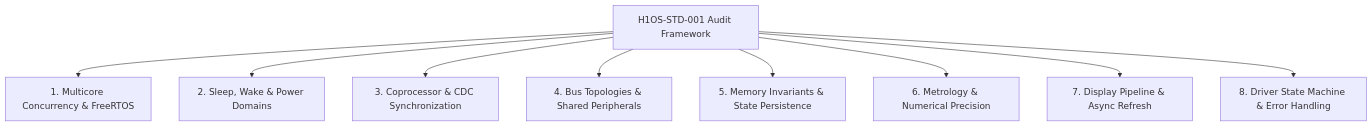
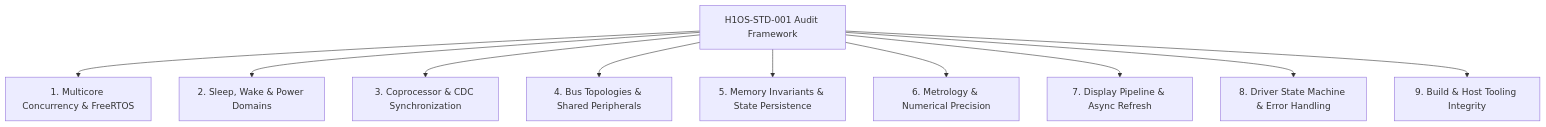
The first of 2 diagrams in docs/architecture/D0_std_audit_framework.md (Humidyne-Labs/H1OS), drawn with Mermaid before and after one commit. The commit also changed other lines of this file and 81 other files, not shown here.

Commit message:
chore(release): rev v2.4.11-dev, H1OS-STD-001 Rev 2.2 audit harness, tooling QA, tests & clean public API docs

````diff
--- a/docs/architecture/D0_std_audit_framework.md
+++ b/docs/architecture/D0_std_audit_framework.md
@@ -86,11 +87,12 @@
 ```mermaid
 graph TD;
     Audit["H1OS-STD-001 Audit Framework"] --> D1["1. Multicore Concurrency & FreeRTOS"];
     Audit --> D2["2. Sleep, Wake & Power Domains"];
     Audit --> D3["3. Coprocessor & CDC Synchronization"];
     Audit --> D4["4. Bus Topologies & Shared Peripherals"];
     Audit --> D5["5. Memory Invariants & State Persistence"];
     Audit --> D6["6. Metrology & Numerical Precision"];
     Audit --> D7["7. Display Pipeline & Async Refresh"];
     Audit --> D8["8. Driver State Machine & Error Handling"];
+    Audit --> D9["9. Build & Host Tooling Integrity"];
 ```
````
